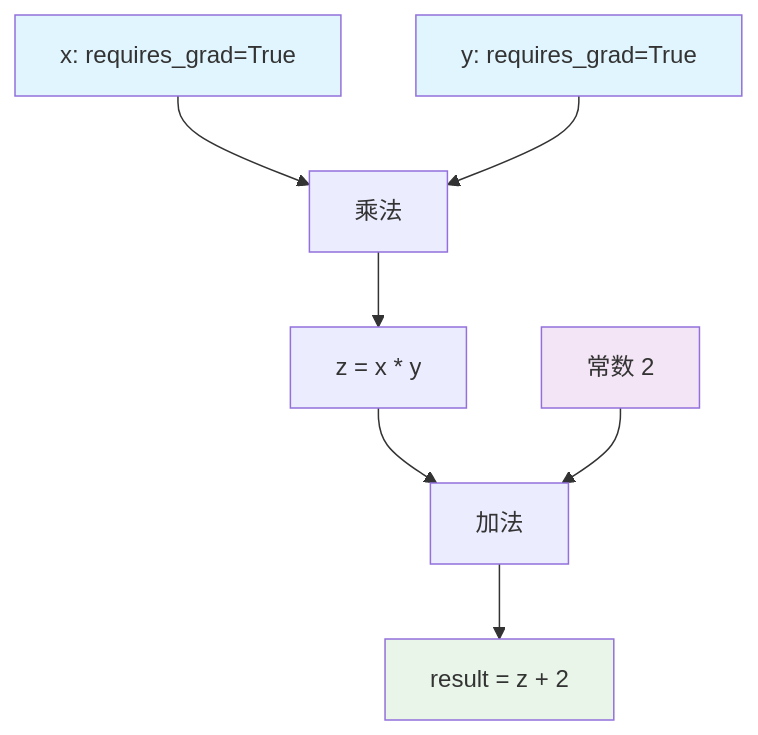
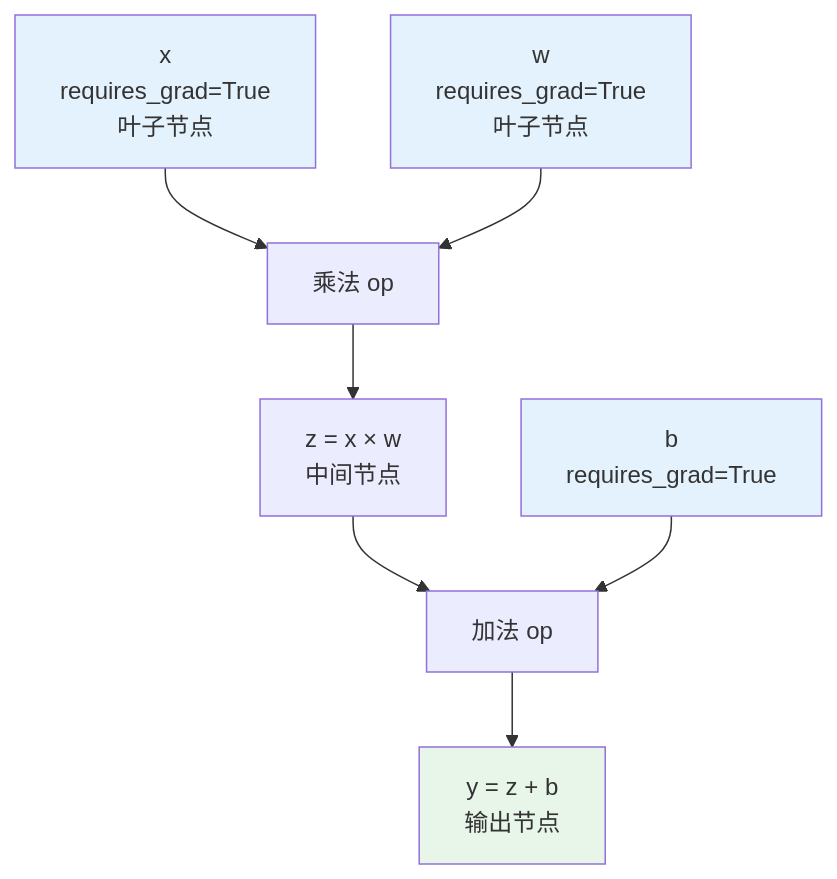
One commit to ulink-deep-learning-club/ulink-deeplearningclub-handouts changed the diagram in source/pytorch-practice/auto-grad.md. Above: the diagram before and after it, drawn with Mermaid. The commit also changed other lines of this file and 28 other files, not shown here.

````diff
--- a/source/pytorch-practice/auto-grad.md
+++ b/source/pytorch-practice/auto-grad.md
@@ -25,14 +41,14 @@
 ```{mermaid}
 flowchart TD
-    A[x: requires_grad=True] --> C[乘法]
-    B[y: requires_grad=True] --> C
-    C --> D[z = x * y]
-    D --> E[加法]
-    F[常数 2] --> E
-    E --> G[result = z + 2]
+    A["x<br/>requires_grad=True<br/>叶子节点"] --> C["乘法 op"]
+    B["w<br/>requires_grad=True<br/>叶子节点"] --> C
+    C --> D["z = x × w<br/>中间节点"]
+    D --> E["加法 op"]
+    F["b<br/>requires_grad=True"] --> E
+    E --> G["y = z + b<br/>输出节点"]
     
-    style A fill:#e1f5fe
-    style B fill:#e1f5fe
-    style F fill:#f3e5f5
-    style G fill:#e8f5e8
+    style A fill:#e3f2fd
+    style B fill:#e3f2fd
+    style F fill:#e3f2fd
+    style G fill:#e8f5e9
 ```
````
